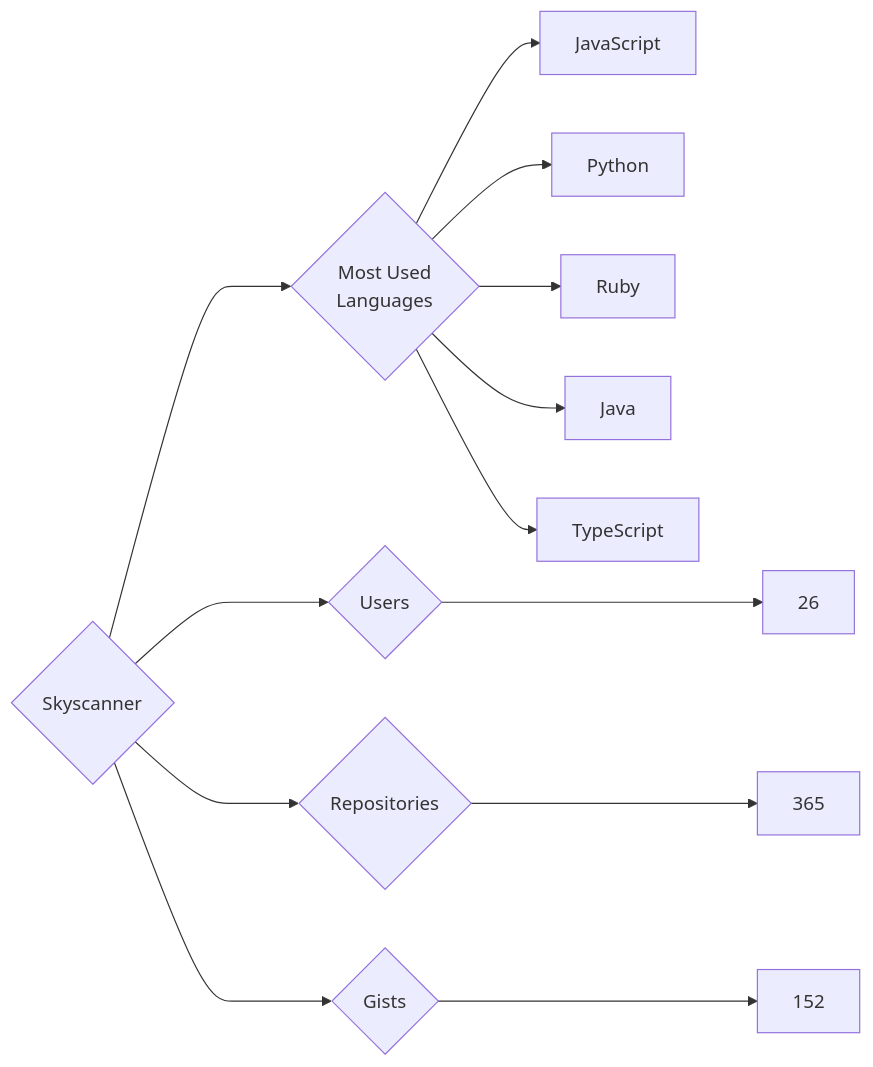
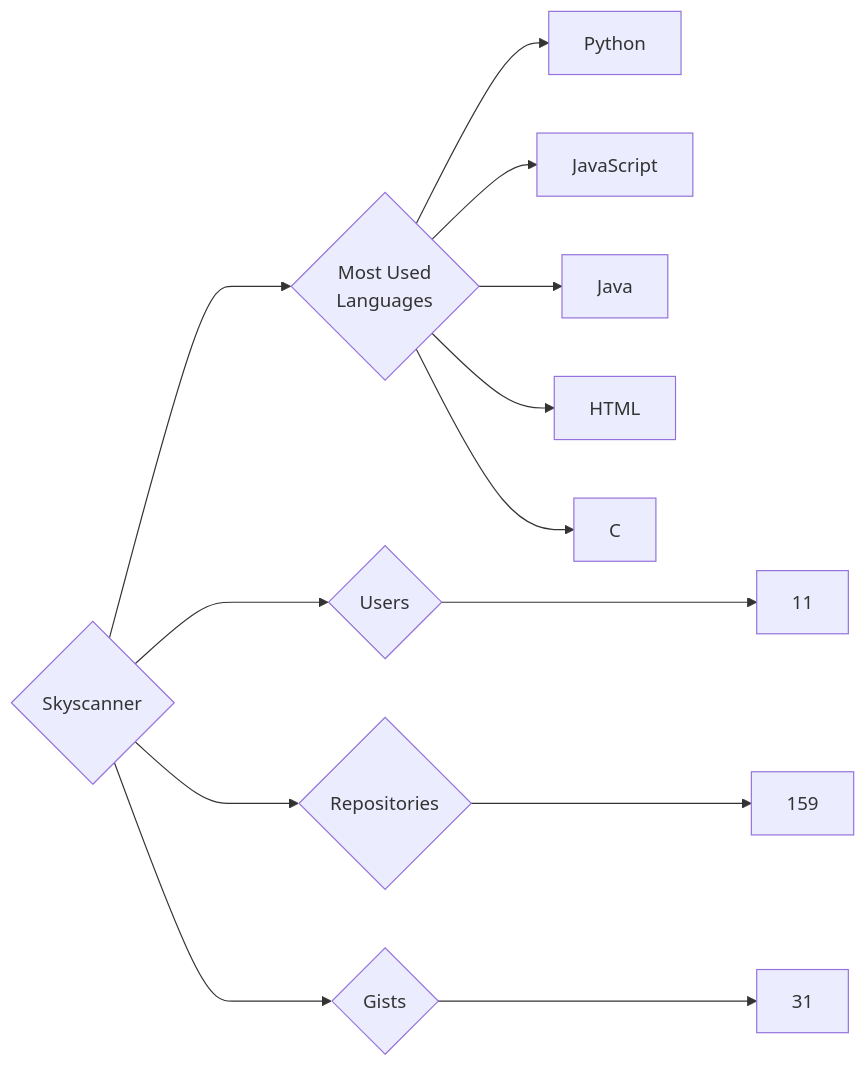
Before and after one commit to trickest/insiders: the diagram in targets/Skyscanner/README.md, drawn with Mermaid. The commit also changed 928 other files, not shown here.

````diff
--- a/targets/Skyscanner/README.md
+++ b/targets/Skyscanner/README.md
@@ -3,13 +3,13 @@
 ```mermaid
 graph LR
 COMPANY_NAME{Skyscanner}
-COMPANY_NAME ---> U{Users} ---> UN[26]
-COMPANY_NAME ---> R{Repositories} ---> RN[365]
-COMPANY_NAME ---> G{Gists} ---> GN[152]
+COMPANY_NAME ---> U{Users} ---> UN[11]
+COMPANY_NAME ---> R{Repositories} ---> RN[159]
+COMPANY_NAME ---> G{Gists} ---> GN[31]
 COMPANY_NAME ---> ML{Most Used<br>Languages}
+ML --> Python[Python]
 ML --> JavaScript[JavaScript]
-ML --> Python[Python]
-ML --> Ruby[Ruby]
 ML --> Java[Java]
-ML --> TypeScript[TypeScript]
+ML --> HTML[HTML]
+ML --> C[C]
 ```
````
